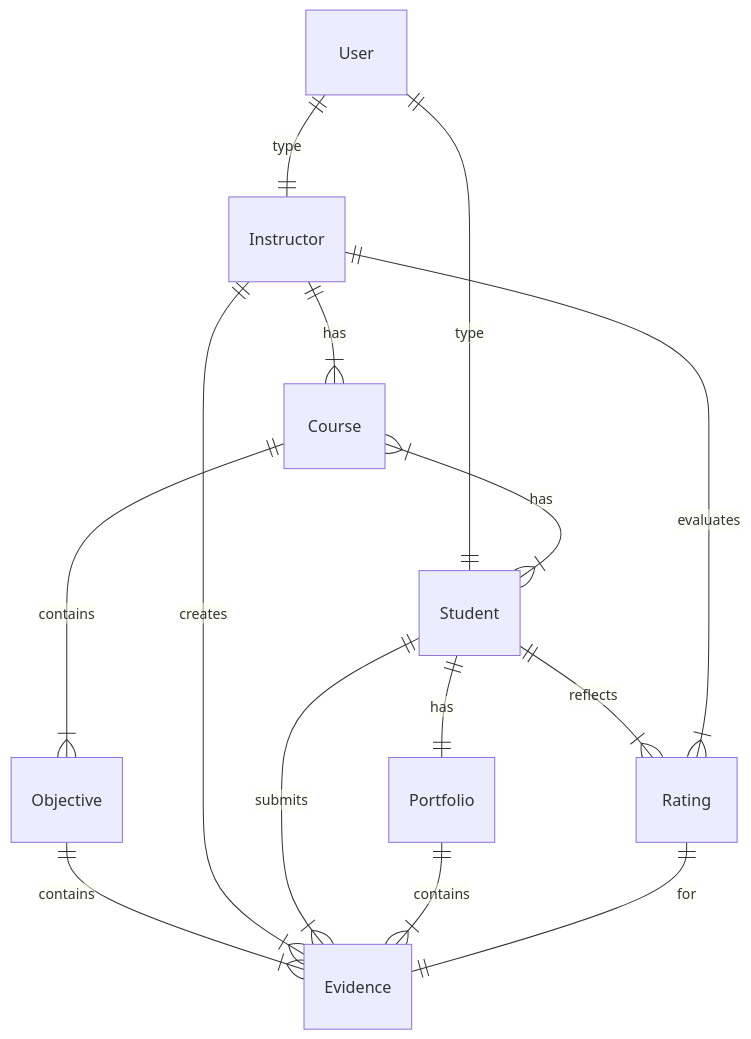
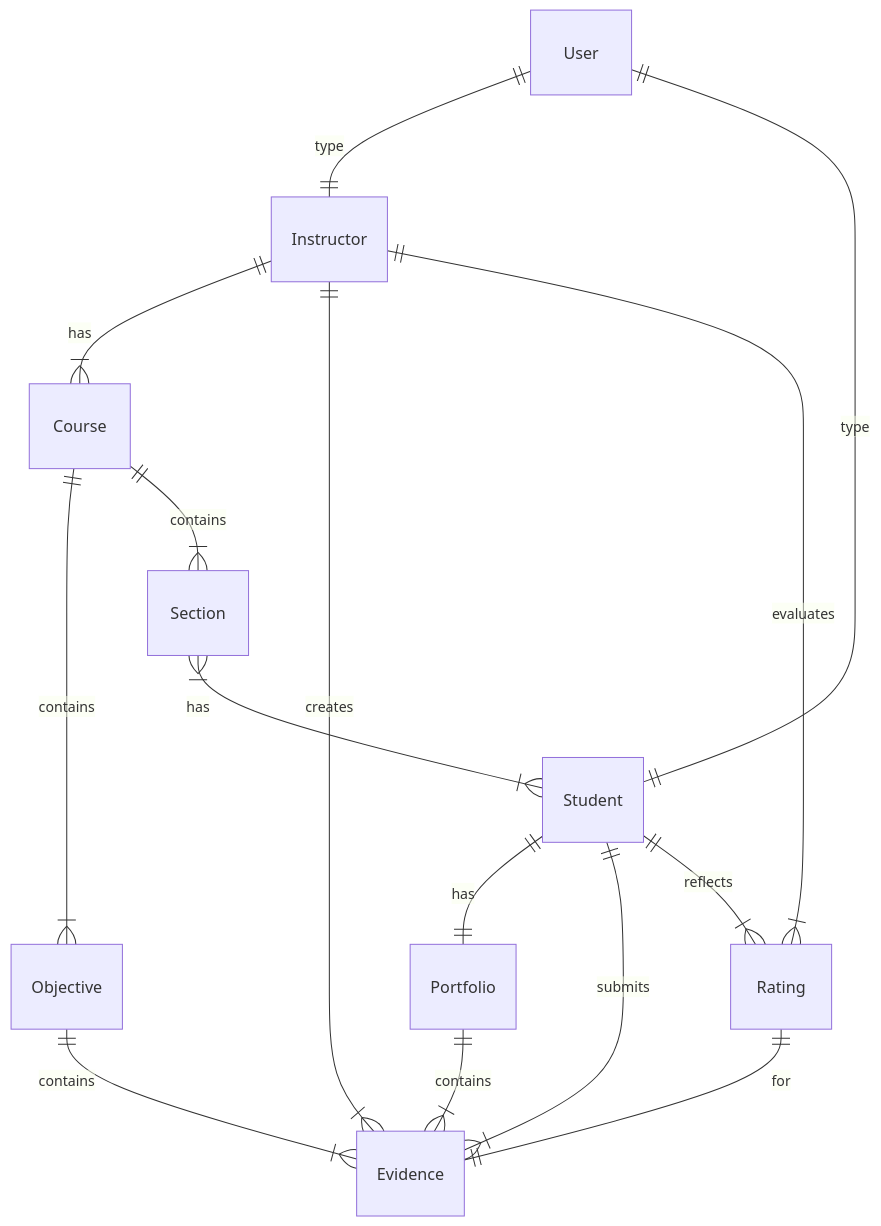
Before and after one commit to gurunate/learning-portrait: the first of 2 diagrams in docs/domain-model.md, drawn with Mermaid. The commit also changed other lines of this file, not shown here.

````diff
--- a/docs/domain-model.md
+++ b/docs/domain-model.md
@@ -15,16 +35,17 @@
 ```mermaid
 erDiagram
     User ||--|| Instructor: type
     User ||--|| Student: type
     Instructor ||--|{ Course: has
-    Course  }|--|{ Student: has
+    Section  }|--|{ Student: has
     Objective ||--|{ Evidence: contains
     Course ||--|{ Objective : contains
+    Course ||--|{ Section : contains
     Student ||--|| Portfolio: has
     Instructor ||--|{ Evidence: creates
     Student ||--|{ Evidence: submits
     Portfolio ||--|{ Evidence : contains
     Student ||--|{ Rating: reflects
     Instructor ||--|{ Rating: evaluates
     Rating ||--|| Evidence: for
 ```
````
